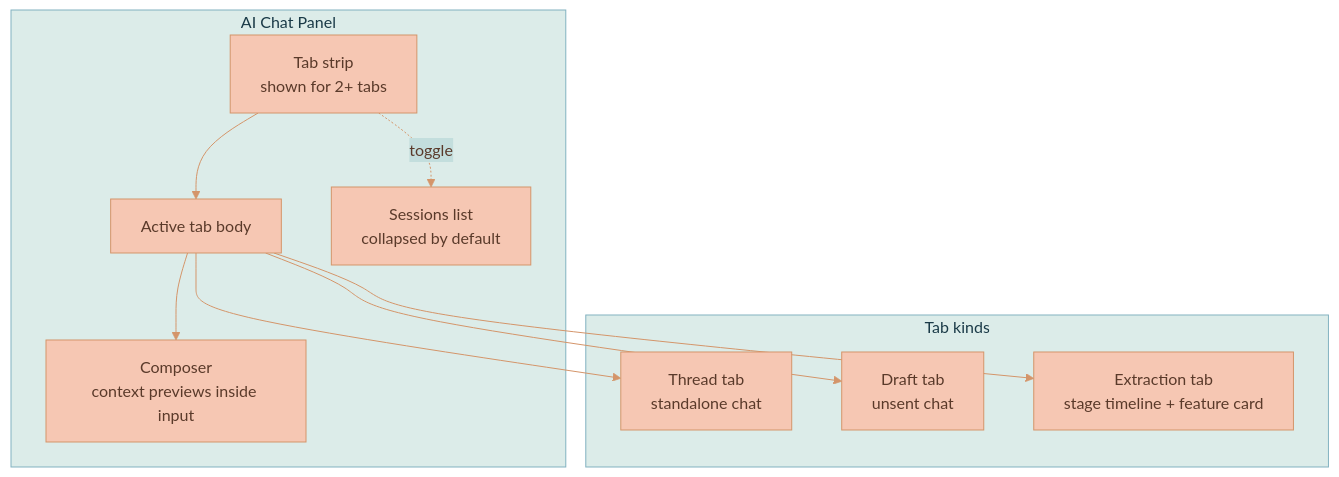
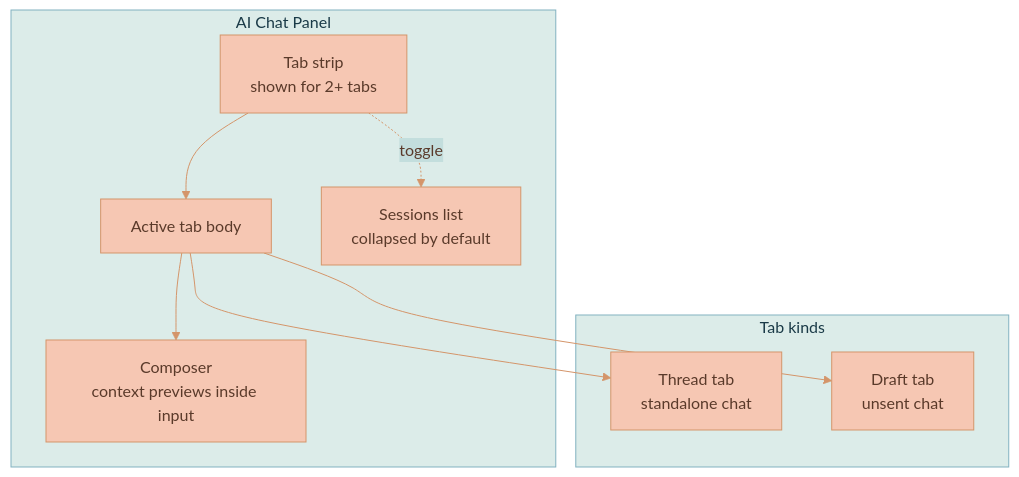
The first of 2 diagrams in documentation/ai-chat/CHAT-PANEL-AND-SESSIONS.md (Lixpi/lixpi), drawn with Mermaid before and after one commit. The commit also changed other lines of this file and 34 other files, not shown here.

````diff
--- a/documentation/ai-chat/CHAT-PANEL-AND-SESSIONS.md
+++ b/documentation/ai-chat/CHAT-PANEL-AND-SESSIONS.md
@@ -93,23 +95,21 @@
 ```mermaid
 %%{init: {'theme': 'base', 'themeVariables': { 'primaryColor': '#F6C7B3', 'primaryTextColor': '#5a3a2a', 'primaryBorderColor': '#d4956a', 'secondaryColor': '#C3DEDD', 'secondaryTextColor': '#1a3a47', 'secondaryBorderColor': '#4a8a9d', 'tertiaryColor': '#DCECE9', 'tertiaryTextColor': '#1a3a47', 'tertiaryBorderColor': '#82B2C0', 'lineColor': '#d4956a', 'textColor': '#5a3a2a'}}}%%
 flowchart TB
     subgraph Panel["AI Chat Panel"]
         Strip[Tab strip<br/>shown for 2+ tabs]
         Body[Active tab body]
         Composer[Composer<br/>context previews inside input]
         Sessions[Sessions list<br/>collapsed by default]
     end
 
     subgraph TabKinds["Tab kinds"]
         Thread[Thread tab<br/>standalone chat]
         Draft[Draft tab<br/>unsent chat]
-        Extraction[Extraction tab<br/>stage timeline + feature card]
     end
 
     Strip --> Body
     Body --> Thread
     Body --> Draft
-    Body --> Extraction
     Body --> Composer
     Strip -.toggle.-> Sessions
 ```
````
